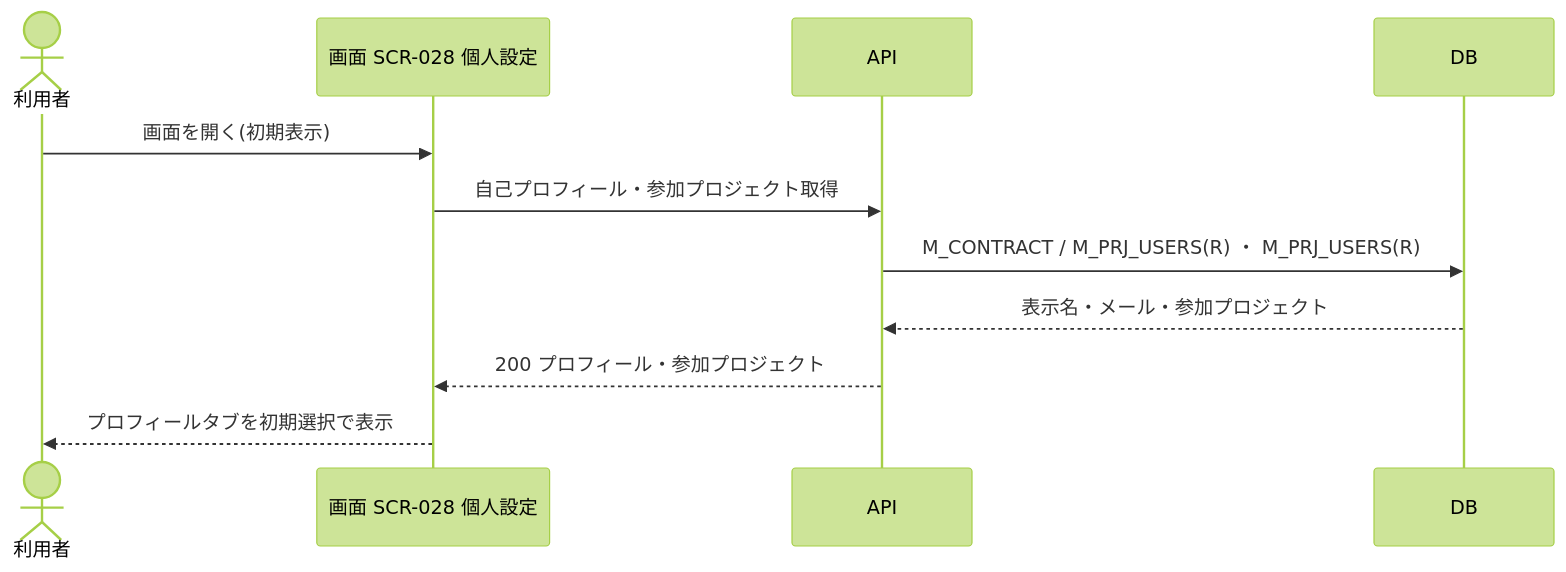
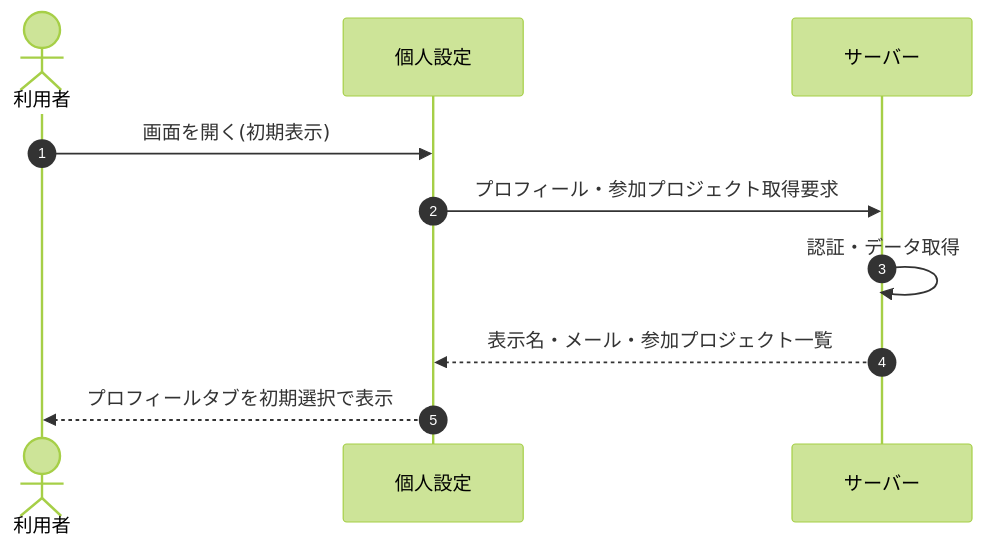
Before and after one commit to sikakou54/open-faq: the diagram in 02_basic_design/05_sequences/SEQ-070.md, drawn with Mermaid (forest theme). The commit also changed other lines of this file and 108 other files, not shown here.

First line of the commit message:
基本設計: シーケンス図を基本設計粒度(ユーザー/画面/サーバー)へ再編成

````diff
--- a/02_basic_design/05_sequences/SEQ-070.md
+++ b/02_basic_design/05_sequences/SEQ-070.md
@@ -25,13 +32,12 @@
 ```mermaid
 sequenceDiagram
+  autonumber
   actor U as 利用者
-  participant S as 画面 SCR-028 個人設定
-  participant API as API
-  participant DB as DB
-  U->>S: 画面を開く(初期表示)
-  S->>API: 自己プロフィール・参加プロジェクト取得
-  API->>DB: M_CONTRACT / M_PRJ_USERS(R) ・ M_PRJ_USERS(R)
-  DB-->>API: 表示名・メール・参加プロジェクト
-  API-->>S: 200 プロフィール・参加プロジェクト
-  S-->>U: プロフィールタブを初期選択で表示
+  participant Screen as 個人設定
+  participant Server as サーバー
+  U->>Screen: 画面を開く(初期表示)
+  Screen->>Server: プロフィール・参加プロジェクト取得要求
+  Server->>Server: 認証・データ取得
+  Server-->>Screen: 表示名・メール・参加プロジェクト一覧
+  Screen-->>U: プロフィールタブを初期選択で表示
 ```
````
